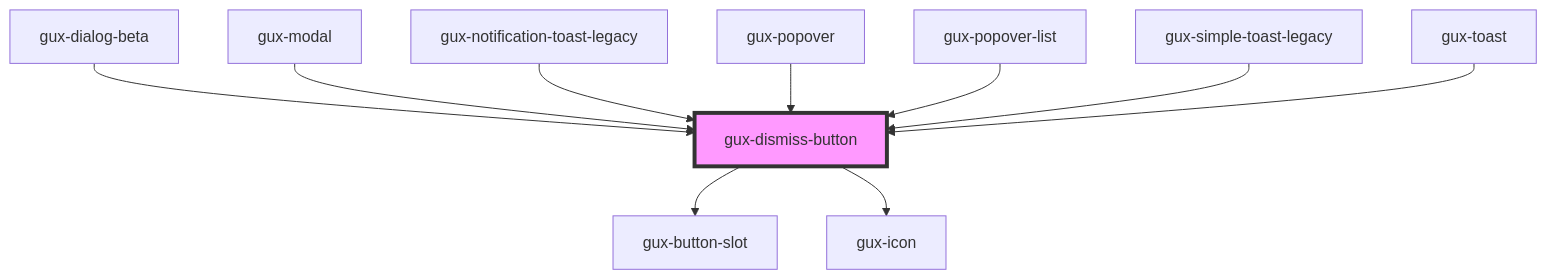
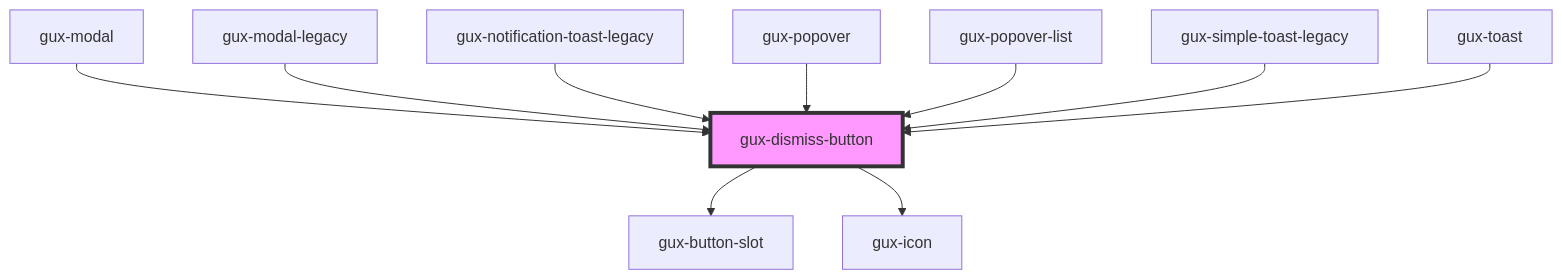
One commit to MyPureCloud/genesys-spark changed the diagram in packages/genesys-spark-components/src/components/stable/gux-dismiss-button/readme.md. Above: the diagram before and after it, drawn with Mermaid. The commit also changed other lines of this file and 18 other files, not shown here.

Commit message:
chore(gux-modal): gux-modal to legacy, add new gux-modal

````diff
--- a/packages/genesys-spark-components/src/components/stable/gux-dismiss-button/readme.md
+++ b/packages/genesys-spark-components/src/components/stable/gux-dismiss-button/readme.md
@@ -33,13 +33,13 @@
 ```mermaid
 graph TD;
   gux-dismiss-button --> gux-button-slot
   gux-dismiss-button --> gux-icon
-  gux-dialog-beta --> gux-dismiss-button
   gux-modal --> gux-dismiss-button
+  gux-modal-legacy --> gux-dismiss-button
   gux-notification-toast-legacy --> gux-dismiss-button
   gux-popover --> gux-dismiss-button
   gux-popover-list --> gux-dismiss-button
   gux-simple-toast-legacy --> gux-dismiss-button
   gux-toast --> gux-dismiss-button
   style gux-dismiss-button fill:#f9f,stroke:#333,stroke-width:4px
 ```
````
